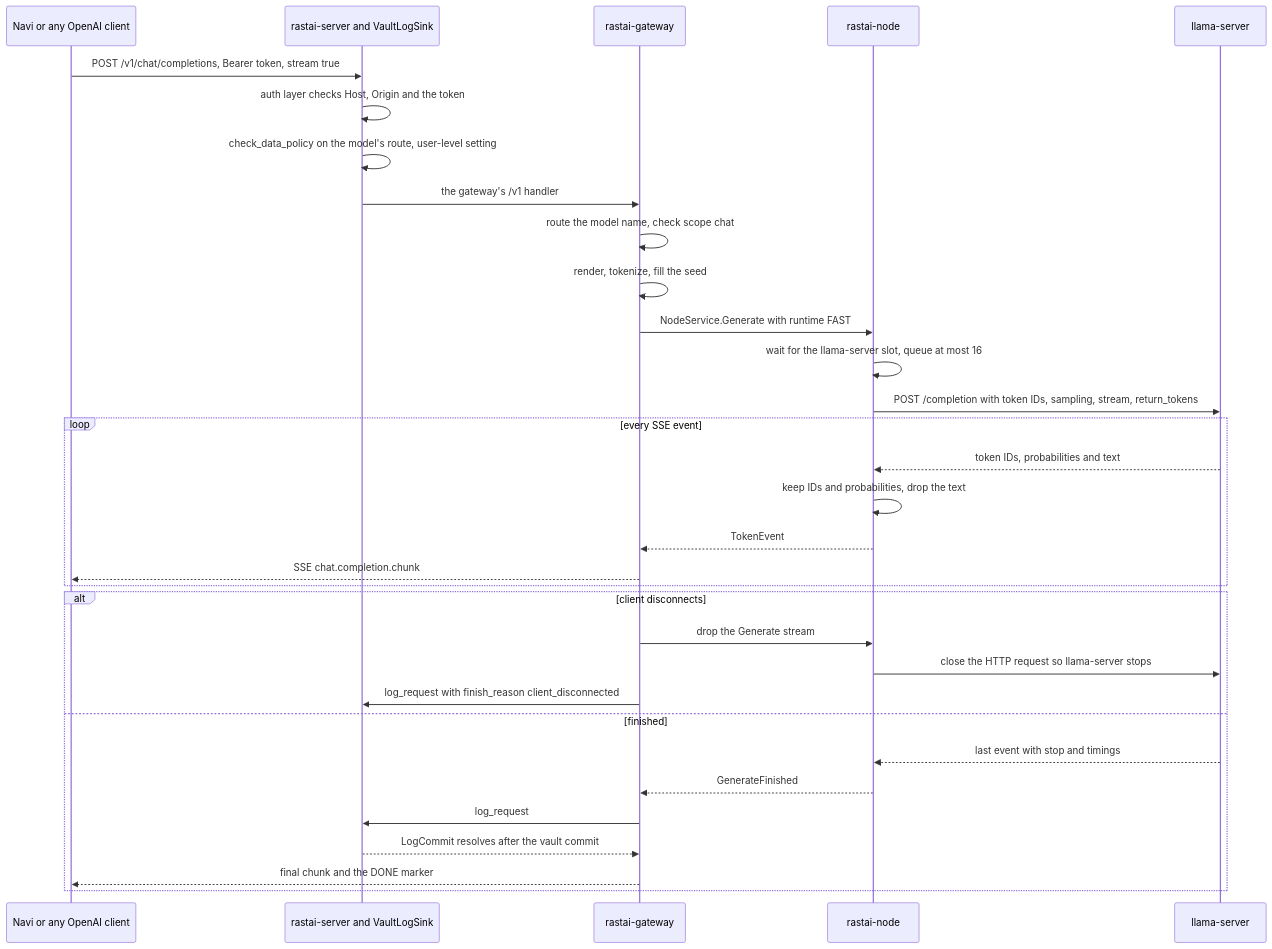
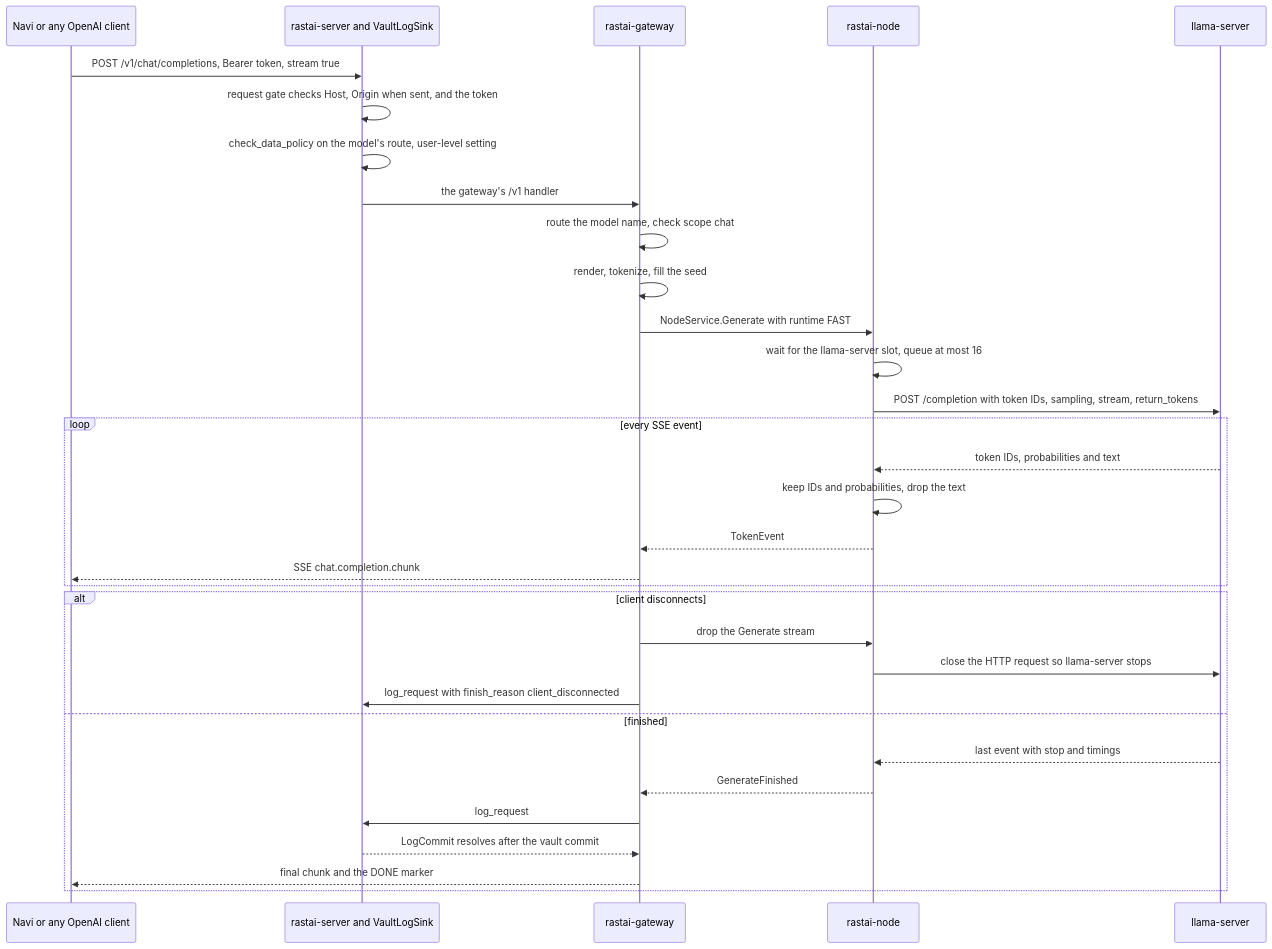
One commit to Snubiss/RASTAI-Research-Studio changed the second of 31 diagrams in docs/architecture/flows/inference-psychology.md. Above: the diagram before and after it, drawn with Mermaid. The commit also changed other lines of this file and 44 other files, not shown here.

````diff
--- a/docs/architecture/flows/inference-psychology.md
+++ b/docs/architecture/flows/inference-psychology.md
@@ -217,34 +218,34 @@
 ```mermaid
 sequenceDiagram
   participant NAVI as Navi or any OpenAI client
   participant SRV as rastai-server and VaultLogSink
   participant GW as rastai-gateway
   participant NODE as rastai-node
   participant LS as llama-server
   NAVI->>SRV: POST /v1/chat/completions, Bearer token, stream true
-  SRV->>SRV: auth layer checks Host, Origin and the token
+  SRV->>SRV: request gate checks Host, Origin when sent, and the token
   SRV->>SRV: check_data_policy on the model's route, user-level setting
   SRV->>GW: the gateway's /v1 handler
   GW->>GW: route the model name, check scope chat
   GW->>GW: render, tokenize, fill the seed
   GW->>NODE: NodeService.Generate with runtime FAST
   NODE->>NODE: wait for the llama-server slot, queue at most 16
   NODE->>LS: POST /completion with token IDs, sampling, stream, return_tokens
   loop every SSE event
     LS-->>NODE: token IDs, probabilities and text
     NODE->>NODE: keep IDs and probabilities, drop the text
     NODE-->>GW: TokenEvent
     GW-->>NAVI: SSE chat.completion.chunk
   end
   alt client disconnects
     GW->>NODE: drop the Generate stream
     NODE->>LS: close the HTTP request so llama-server stops
     GW->>SRV: log_request with finish_reason client_disconnected
   else finished
     LS-->>NODE: last event with stop and timings
     NODE-->>GW: GenerateFinished
     GW->>SRV: log_request
     SRV-->>GW: LogCommit resolves after the vault commit
     GW-->>NAVI: final chunk and the DONE marker
   end
 ```
````
